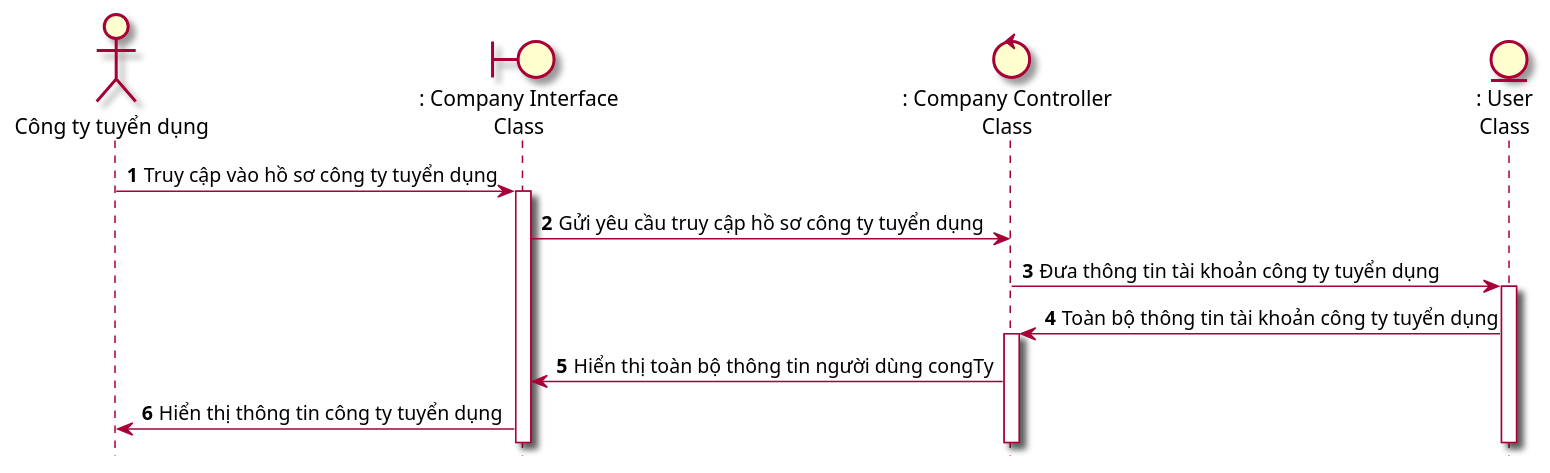
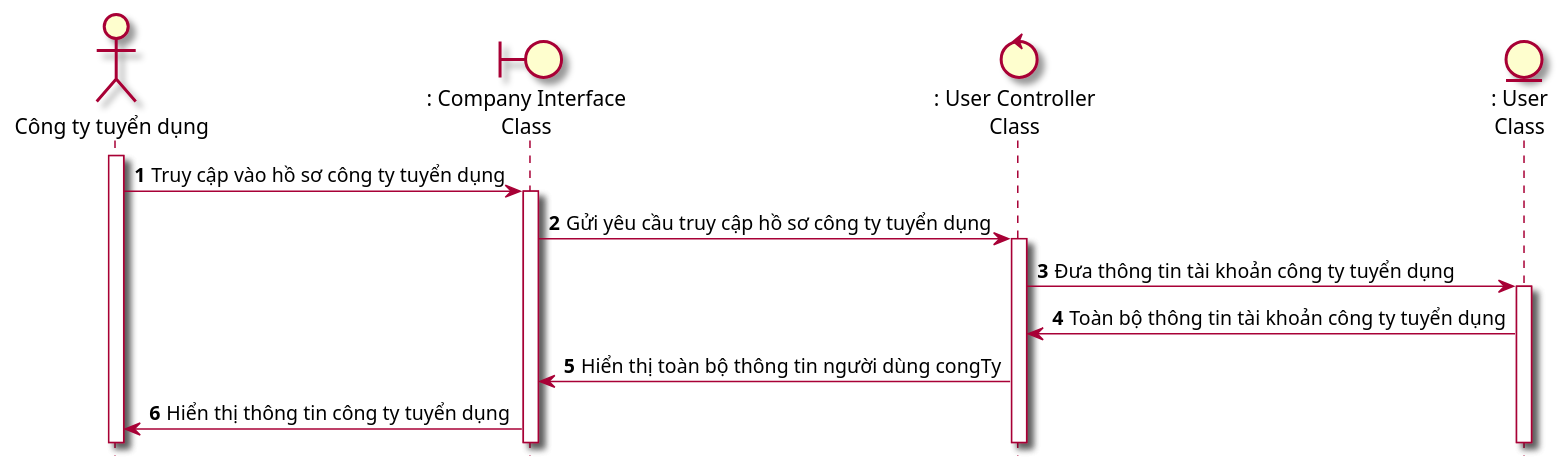
The diagram in Lab1/Lab 1.2 Diagram/Sequence/FilePUML/8.1 TruyCapHoSoCongTy.puml (Griselda4774/EAS-EmploymentAssistanceSystem), drawn with PlantUML before and after one commit. The commit also changed 9 other files, not shown here.

```diff
--- a/Lab1/Lab 1.2 Diagram/Sequence/FilePUML/8.1 TruyCapHoSoCongTy.puml
+++ b/Lab1/Lab 1.2 Diagram/Sequence/FilePUML/8.1 TruyCapHoSoCongTy.puml
@@ -1,15 +1,16 @@
 @startuml SeqTruyCapHoSoCongTy
 skin rose 
 hide footbox
 actor congTy as "Công ty tuyển dụng"
 boundary companyInterface as ": Company Interface\nClass"
-control companyController as ": Company Controller\nClass"
+control userController as ": User Controller\nClass"
 entity User as ": User\nClass"
+congTy++
 autonumber
 congTy -> companyInterface++: Truy cập vào hồ sơ công ty tuyển dụng
-companyInterface -> companyController: Gửi yêu cầu truy cập hồ sơ công ty tuyển dụng
-companyController -> User++: Đưa thông tin tài khoản công ty tuyển dụng
-User -> companyController++: Toàn bộ thông tin tài khoản công ty tuyển dụng 
-companyController -> companyInterface: Hiển thị toàn bộ thông tin người dùng congTy
+companyInterface -> userController++: Gửi yêu cầu truy cập hồ sơ công ty tuyển dụng
+userController -> User++: Đưa thông tin tài khoản công ty tuyển dụng
+User -> userController: Toàn bộ thông tin tài khoản công ty tuyển dụng 
+userController -> companyInterface: Hiển thị toàn bộ thông tin người dùng congTy
 companyInterface -> congTy: Hiển thị thông tin công ty tuyển dụng
 @enduml
```
